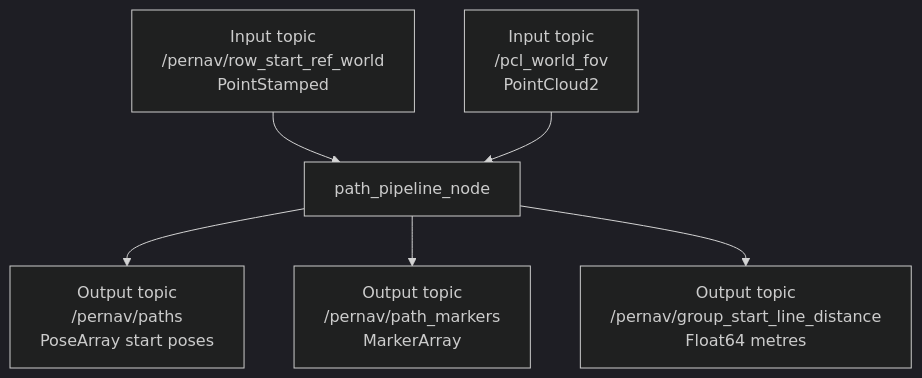
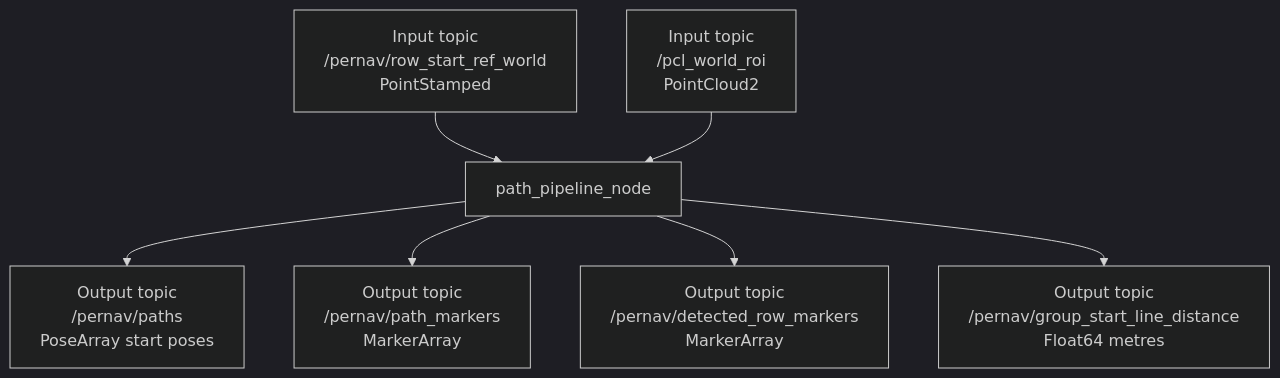
Before and after one commit to burakFM/pernav_path_detection: the second of 3 diagrams in pernav_path_node/README.md, drawn with Mermaid (dark theme). The commit also changed other lines of this file and 10 other files, not shown here.

````diff
--- a/pernav_path_node/README.md
+++ b/pernav_path_node/README.md
@@ -81,13 +87,15 @@
 ```mermaid
 flowchart TB
-    IN[Input topic\n/pcl_world_fov\nPointCloud2]
+    IN[Input topic\n/pcl_world_roi\nPointCloud2]
     NODE[path_pipeline_node]
     OUT1[Output topic\n/pernav/paths\nPoseArray start poses]
     OUT2[Output topic\n/pernav/path_markers\nMarkerArray]
+    OUT4[Output topic\n/pernav/detected_row_markers\nMarkerArray]
     OUT3[Output topic\n/pernav/group_start_line_distance\nFloat64 metres]
     REF[Input topic\n/pernav/row_start_ref_world\nPointStamped]
     REF --> NODE
     IN --> NODE --> OUT1
     NODE --> OUT2
+    NODE --> OUT4
     NODE --> OUT3
 ```
````
